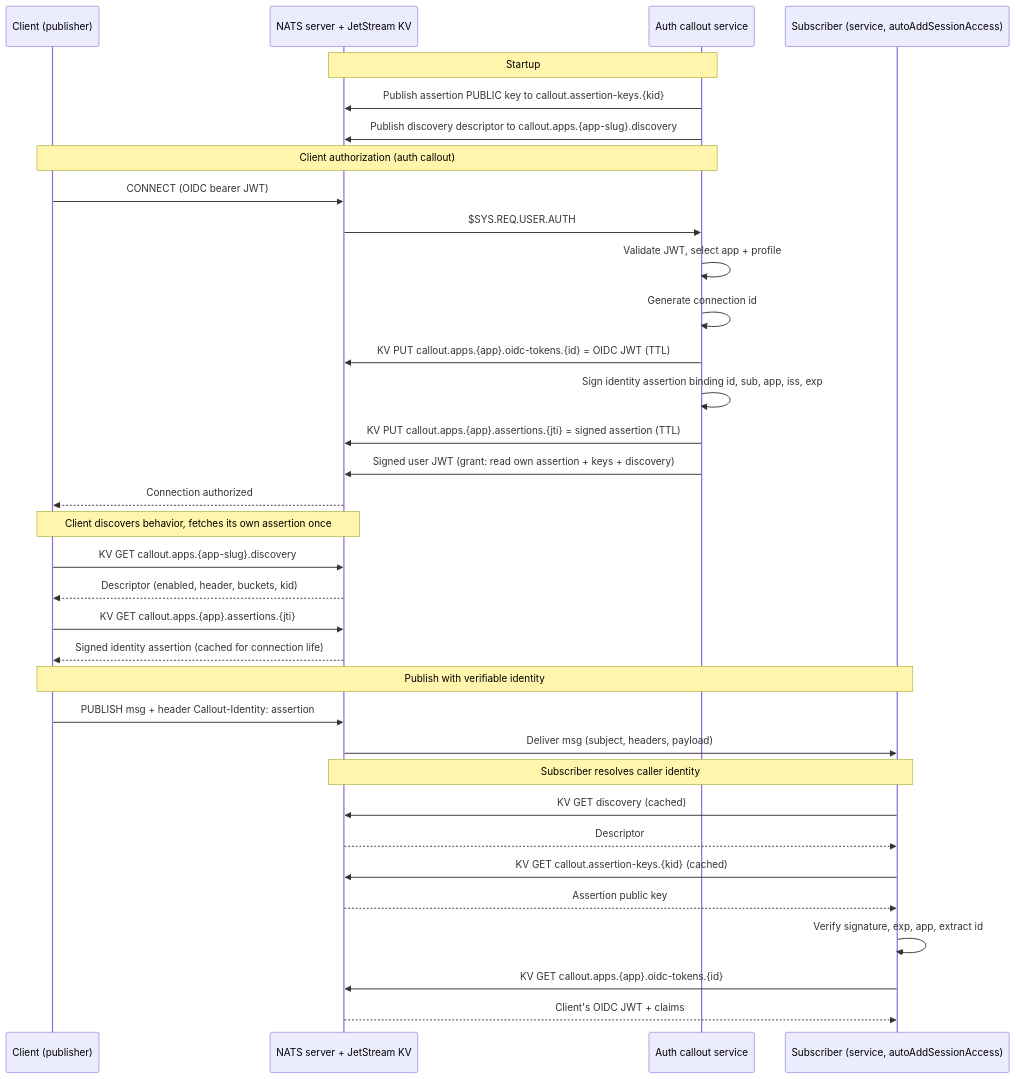
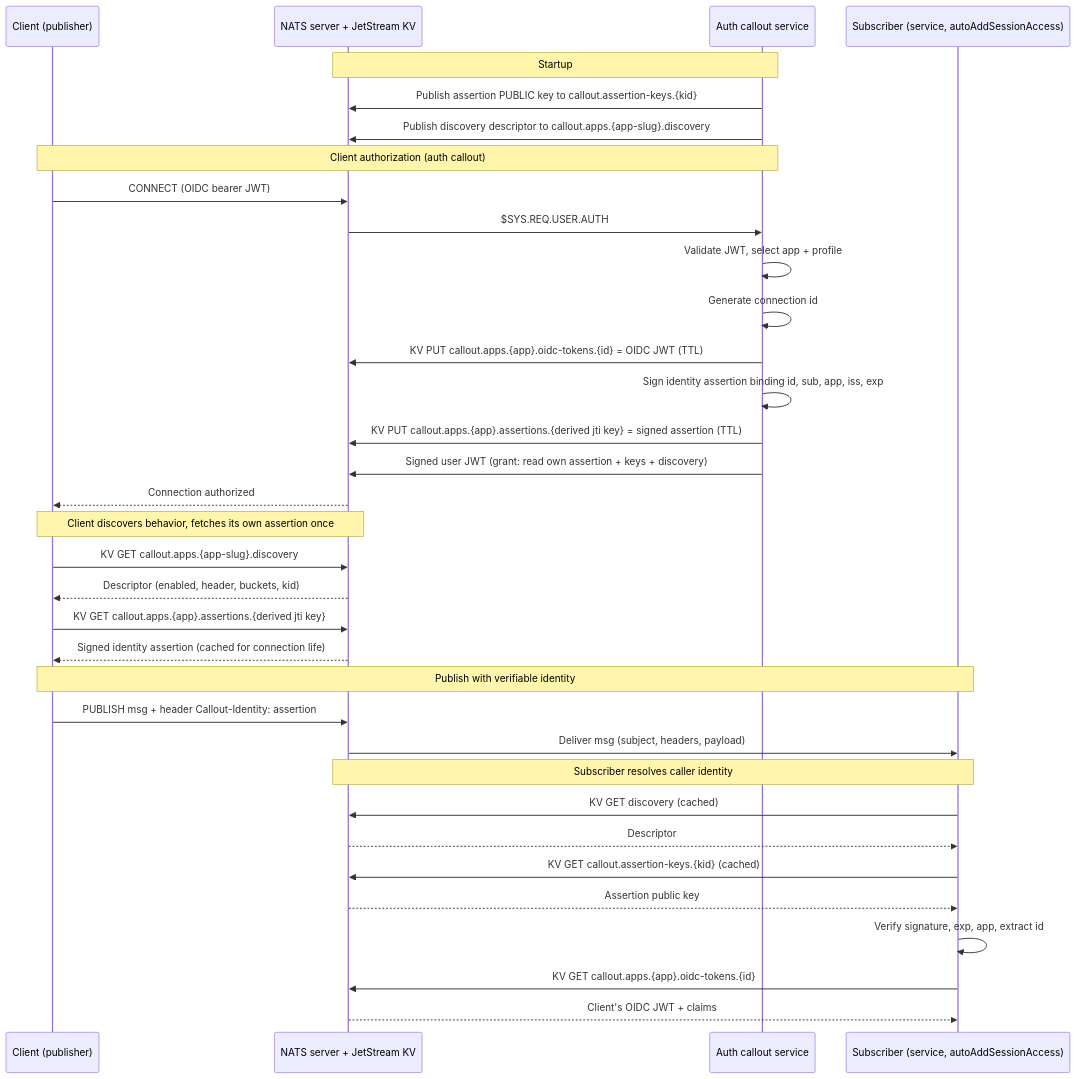
The first of 2 diagrams in docs-site/docs/guides/identity-propagation.md (ryandanthony/nats-auth-callout-service), drawn with Mermaid before and after one commit. The commit also changed other lines of this file and 162 other files, not shown here.

First line of the commit message:
Callout latency, integration NuGet packages, jwks.allowInsecureHttp, docs accuracy (#1)

````diff
--- a/docs-site/docs/guides/identity-propagation.md
+++ b/docs-site/docs/guides/identity-propagation.md
@@ -18,36 +34,36 @@
 ```mermaid
 sequenceDiagram
     participant C as Client (publisher)
     participant N as NATS server + JetStream KV
     participant A as Auth callout service
     participant S as Subscriber (service, autoAddSessionAccess)
     Note over A,N: Startup
     A->>N: Publish assertion PUBLIC key to callout.assertion-keys.{kid}
     A->>N: Publish discovery descriptor to callout.apps.{app-slug}.discovery
     Note over C,A: Client authorization (auth callout)
     C->>N: CONNECT (OIDC bearer JWT)
     N->>A: $SYS.REQ.USER.AUTH
     A->>A: Validate JWT, select app + profile
     A->>A: Generate connection id
     A->>N: KV PUT callout.apps.{app}.oidc-tokens.{id} = OIDC JWT (TTL)
     A->>A: Sign identity assertion binding id, sub, app, iss, exp
-    A->>N: KV PUT callout.apps.{app}.assertions.{jti} = signed assertion (TTL)
+    A->>N: KV PUT callout.apps.{app}.assertions.{derived jti key} = signed assertion (TTL)
     A->>N: Signed user JWT (grant: read own assertion + keys + discovery)
     N-->>C: Connection authorized
     Note over C,N: Client discovers behavior, fetches its own assertion once
     C->>N: KV GET callout.apps.{app-slug}.discovery
     N-->>C: Descriptor (enabled, header, buckets, kid)
-    C->>N: KV GET callout.apps.{app}.assertions.{jti}
+    C->>N: KV GET callout.apps.{app}.assertions.{derived jti key}
     N-->>C: Signed identity assertion (cached for connection life)
     Note over C,S: Publish with verifiable identity
     C->>N: PUBLISH msg + header Callout-Identity: assertion
     N->>S: Deliver msg (subject, headers, payload)
     Note over S,N: Subscriber resolves caller identity
     S->>N: KV GET discovery (cached)
     N-->>S: Descriptor
     S->>N: KV GET callout.assertion-keys.{kid} (cached)
     N-->>S: Assertion public key
     S->>S: Verify signature, exp, app, extract id
     S->>N: KV GET callout.apps.{app}.oidc-tokens.{id}
     N-->>S: Client's OIDC JWT + claims
 ```
````
